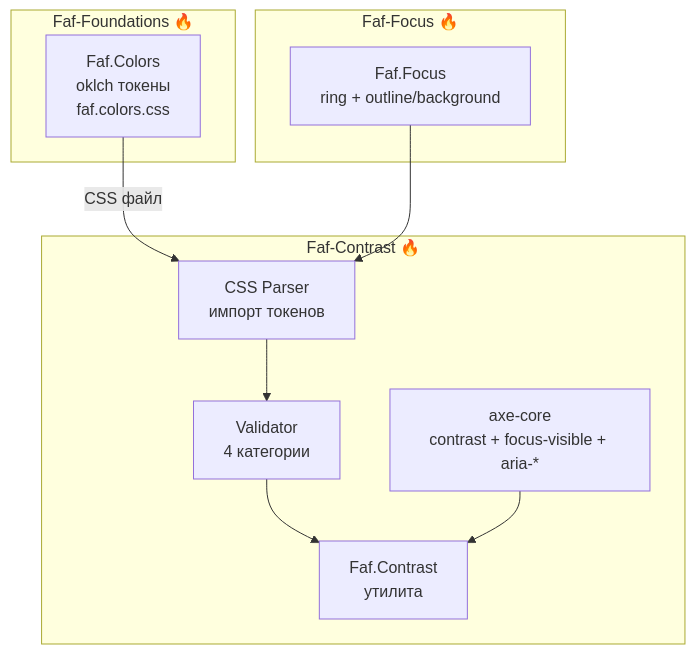
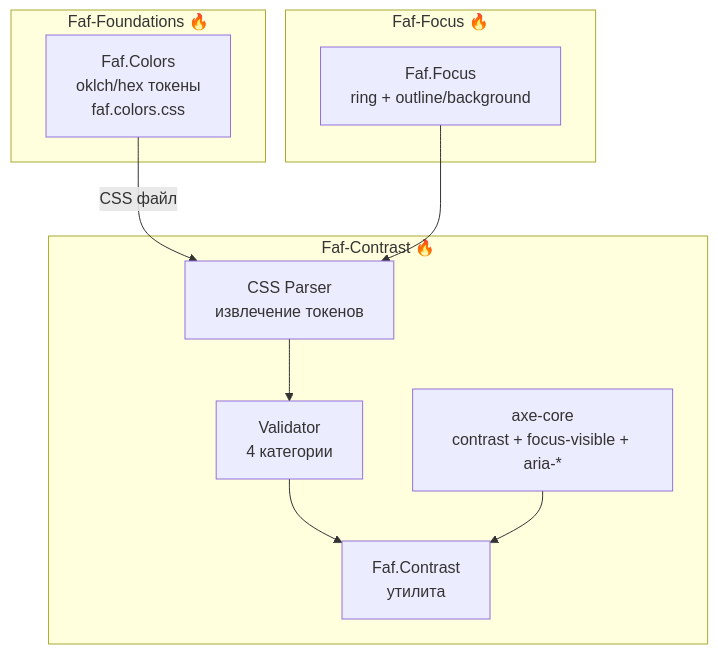
The second of 4 diagrams in packages/contrast/README.ru.md (Kotrecon/faf-design-system), drawn with Mermaid before and after one commit. The commit also changed other lines of this file and 17 other files, not shown here.

````diff
--- a/packages/contrast/README.ru.md
+++ b/packages/contrast/README.ru.md
@@ -59,20 +61,20 @@
 ```mermaid
 flowchart TD
     subgraph "Faf-Foundations 🔥"
-        COLORS[Faf.Colors<br/>oklch токены<br/>faf.colors.css]
+        COLORS[Faf.Colors<br/>oklch/hex токены<br/>faf.colors.css]
     end
     subgraph "Faf-Focus 🔥"
         FOCUS[Faf.Focus<br/>ring + outline/background]
     end
     subgraph "Faf-Contrast 🔥"
-        PARSER[CSS Parser<br/>импорт токенов]
+        PARSER[CSS Parser<br/>извлечение токенов]
         UTILITY[Faf.Contrast<br/>утилита]
         VALIDATOR[Validator<br/>4 категории]
         TESTS[axe-core<br/>contrast + focus-visible + aria-*]
     end
     COLORS -->|CSS файл| PARSER
     FOCUS --> PARSER
     PARSER --> VALIDATOR
     VALIDATOR --> UTILITY
     TESTS --> UTILITY
 ```
````
